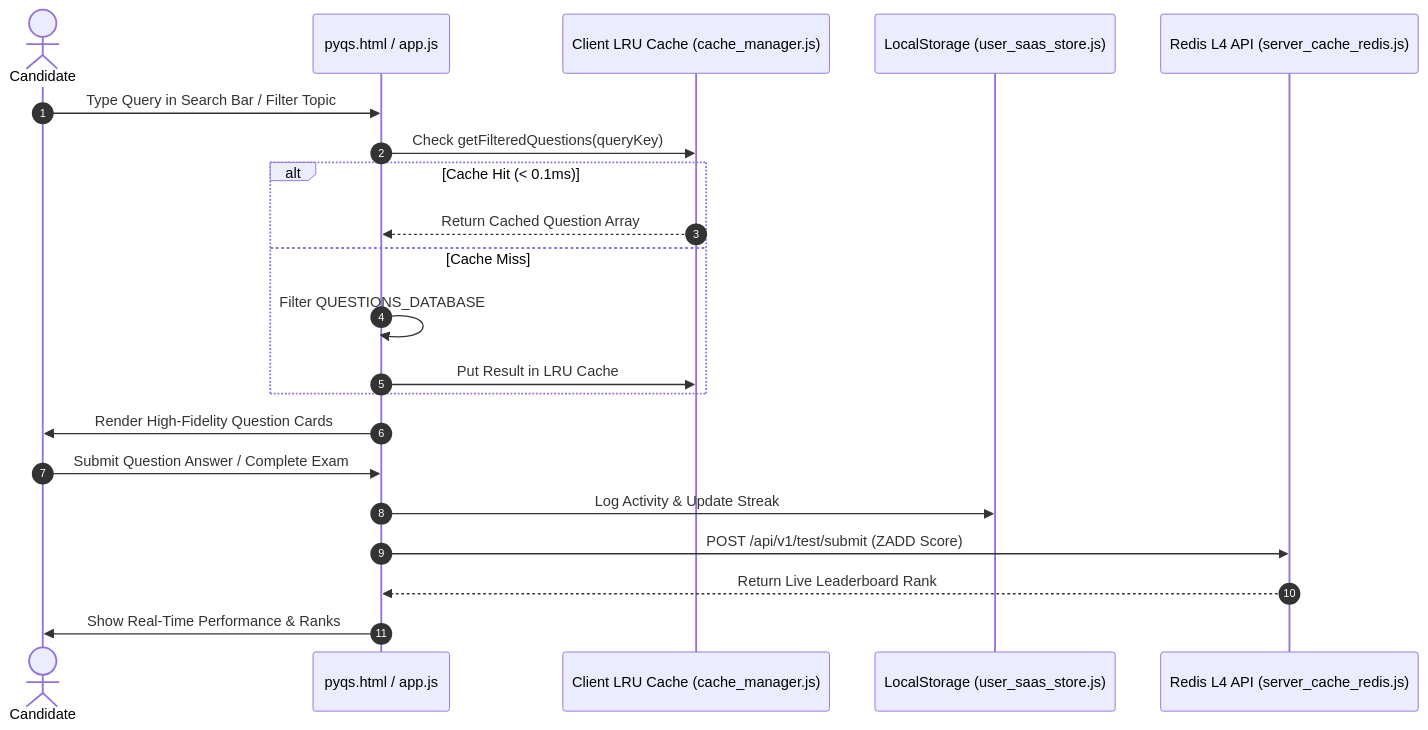
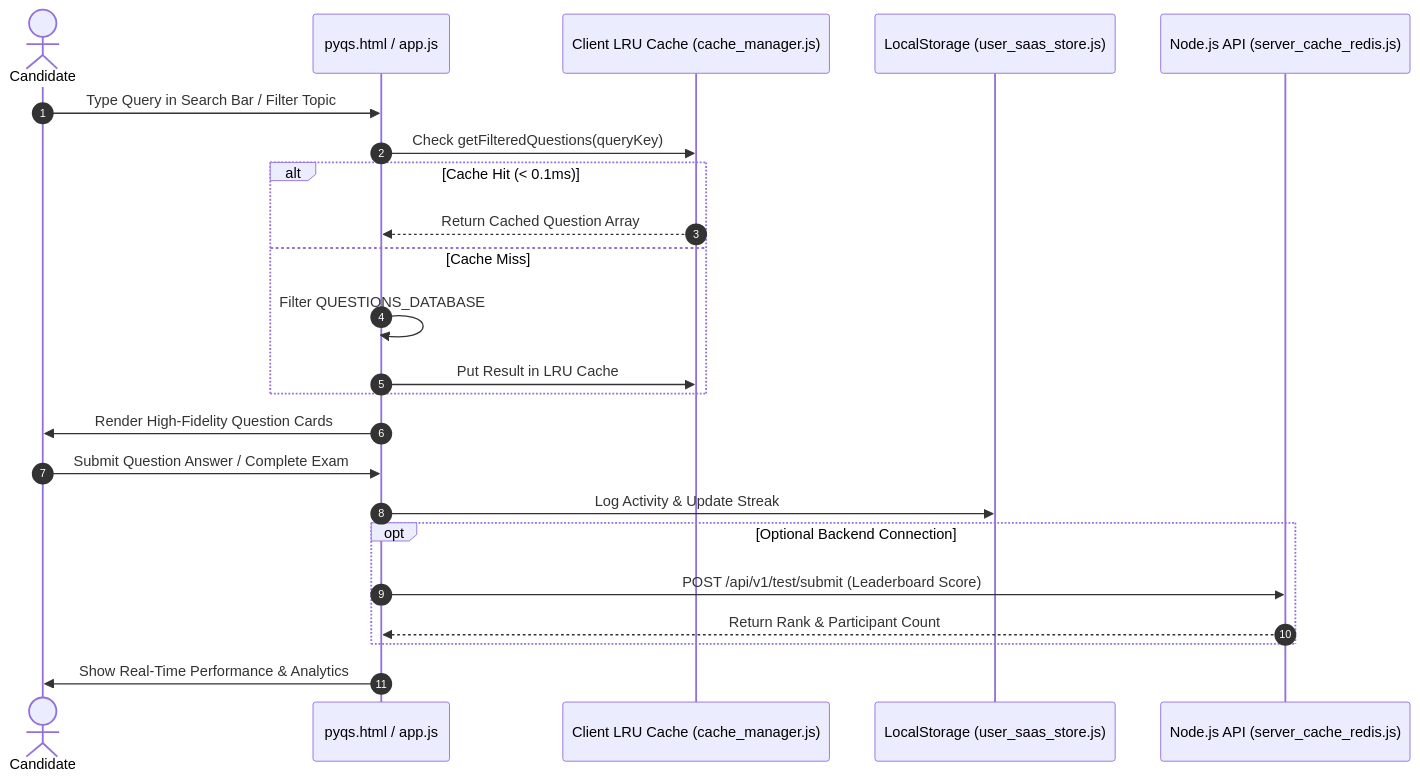
One commit to VaibhavChaudhary14/GateGuide changed the diagram in ARCHITECTURE.md. Above: the diagram before and after it, drawn with Mermaid. The commit also changed other lines of this file and 11 other files, not shown here.

Commit message:
fix(audit): resolve architecture claims, upgrade validator, add real HTTP load test & CI workflow

````diff
--- a/ARCHITECTURE.md
+++ b/ARCHITECTURE.md
@@ -58,25 +65,27 @@
 ```mermaid
 sequenceDiagram
     autonumber
     actor Candidate
     participant SPA as pyqs.html / app.js
     participant LRU as Client LRU Cache (cache_manager.js)
     participant Storage as LocalStorage (user_saas_store.js)
-    participant Redis as Redis L4 API (server_cache_redis.js)
+    participant Backend as Node.js API (server_cache_redis.js)
 
     Candidate->>SPA: Type Query in Search Bar / Filter Topic
     SPA->>LRU: Check getFilteredQuestions(queryKey)
     alt Cache Hit (< 0.1ms)
         LRU-->>SPA: Return Cached Question Array
     else Cache Miss
         SPA->>SPA: Filter QUESTIONS_DATABASE
         SPA->>LRU: Put Result in LRU Cache
     end
     SPA->>Candidate: Render High-Fidelity Question Cards
 
     Candidate->>SPA: Submit Question Answer / Complete Exam
     SPA->>Storage: Log Activity & Update Streak
-    SPA->>Redis: POST /api/v1/test/submit (ZADD Score)
-    Redis-->>SPA: Return Live Leaderboard Rank
-    SPA->>Candidate: Show Real-Time Performance & Ranks
+    opt Optional Backend Connection
+        SPA->>Backend: POST /api/v1/test/submit (Leaderboard Score)
+        Backend-->>SPA: Return Rank & Participant Count
+    end
+    SPA->>Candidate: Show Real-Time Performance & Analytics
 ```
````
